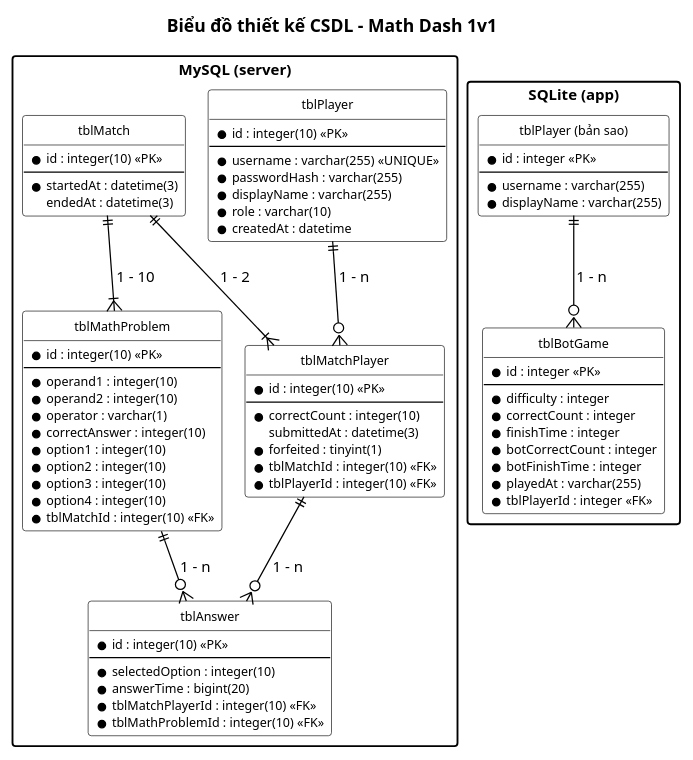
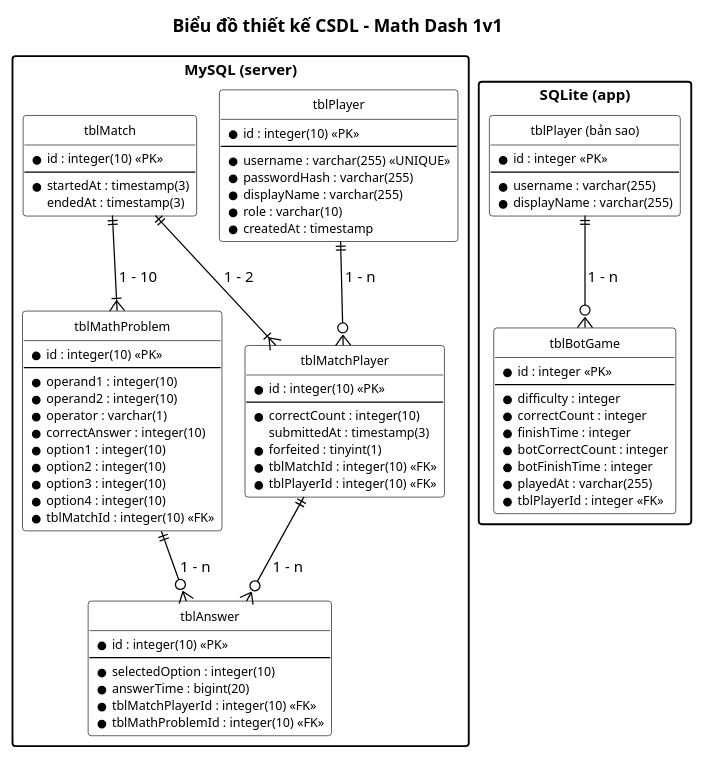
Before and after one commit to HungNguyenBa1811/math-dash: the diagram in docs/chung/csdl.puml, drawn with PlantUML. The commit also changed 48 other files, not shown here.

```diff
--- a/docs/chung/csdl.puml
+++ b/docs/chung/csdl.puml
@@ -1,93 +1,93 @@
 @startuml csdl
 !pragma layout smetana
 ' === VP Base Theme v2 ===
 skinparam defaultFontName "Segoe UI"
 skinparam defaultFontSize 12
 skinparam shadowing false
 skinparam arrowColor #000000
 skinparam lineColor #000000
 hide circle
 skinparam class {
   BackgroundColor #FFFFFF
   BorderColor #000000
   FontSize 11
   AttributeFontSize 10
 }
 skinparam packageStyle rectangle
 title Biểu đồ thiết kế CSDL – Math Dash 1v1
 
 package "MySQL (server)" {
   entity "tblPlayer" as SP {
     * id : integer(10) <<PK>>
     --
     * username : varchar(255) <<UNIQUE>>
     * passwordHash : varchar(255)
     * displayName : varchar(255)
     * role : varchar(10)
-    * createdAt : datetime
+    * createdAt : timestamp
   }
   entity "tblMatch" as SM {
     * id : integer(10) <<PK>>
     --
-    * startedAt : datetime(3)
-    endedAt : datetime(3)
+    * startedAt : timestamp(3)
+    endedAt : timestamp(3)
   }
   entity "tblMathProblem" as SQ {
     * id : integer(10) <<PK>>
     --
     * operand1 : integer(10)
     * operand2 : integer(10)
     * operator : varchar(1)
     * correctAnswer : integer(10)
     * option1 : integer(10)
     * option2 : integer(10)
     * option3 : integer(10)
     * option4 : integer(10)
     * tblMatchId : integer(10) <<FK>>
   }
   entity "tblMatchPlayer" as SMP {
     * id : integer(10) <<PK>>
     --
     * correctCount : integer(10)
-    submittedAt : datetime(3)
+    submittedAt : timestamp(3)
     * forfeited : tinyint(1)
     * tblMatchId : integer(10) <<FK>>
     * tblPlayerId : integer(10) <<FK>>
   }
   entity "tblAnswer" as SA {
     * id : integer(10) <<PK>>
     --
     * selectedOption : integer(10)
     * answerTime : bigint(20)
     * tblMatchPlayerId : integer(10) <<FK>>
     * tblMathProblemId : integer(10) <<FK>>
   }
 }
 
 package "SQLite (app)" {
   entity "tblPlayer (bản sao)" as AP {
     * id : integer <<PK>>
     --
     * username : varchar(255)
     * displayName : varchar(255)
   }
   entity "tblBotGame" as ABG {
     * id : integer <<PK>>
     --
     * difficulty : integer
     * correctCount : integer
     * finishTime : integer
     * botCorrectCount : integer
     * botFinishTime : integer
     * playedAt : varchar(255)
     * tblPlayerId : integer <<FK>>
   }
 }
 
 SM ||--|{ SMP : "1 - 2"
 SM ||--|{ SQ : "1 - 10"
 SP ||--o{ SMP : "1 - n"
 SMP ||--o{ SA : "1 - n"
 SQ ||--o{ SA : "1 - n"
 AP ||--o{ ABG : "1 - n"
 @enduml
```
